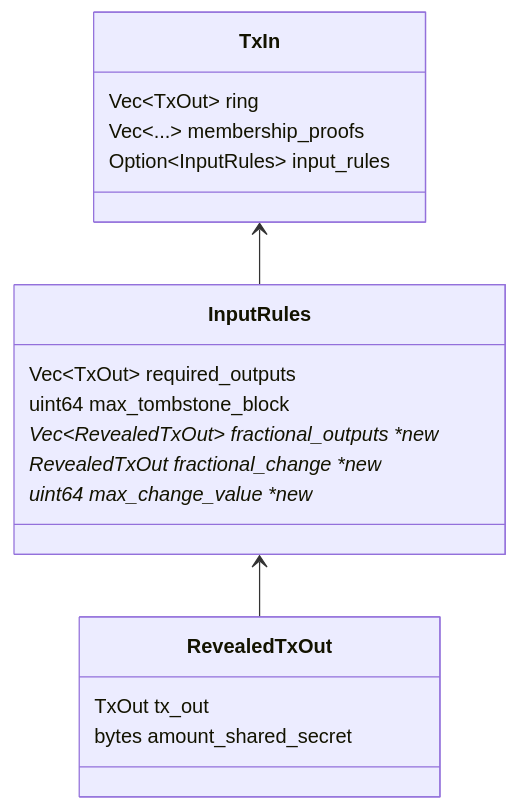
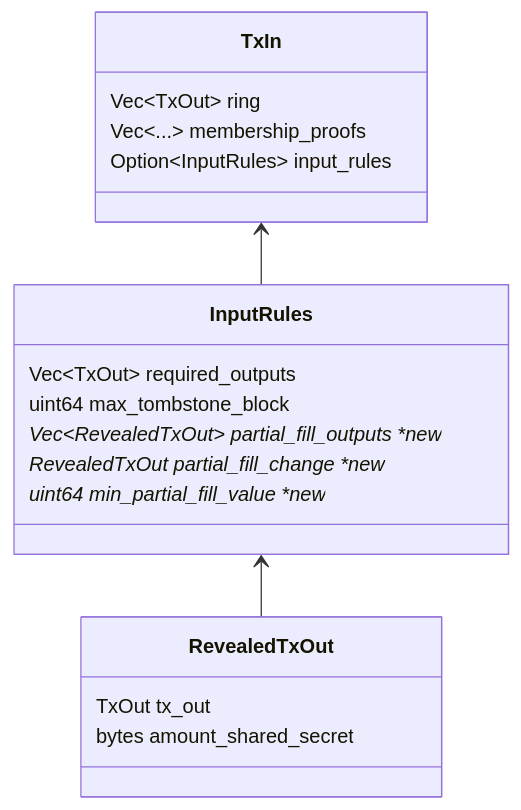
The third of 3 diagrams in text/0042-partial-fill-rules.md (mobilecoinfoundation/mcips), drawn with Mermaid before and after one commit. The commit also changed other lines of this file, not shown here.

````diff
--- a/text/0042-partial-fill-rules.md
+++ b/text/0042-partial-fill-rules.md
@@ -75,19 +169,19 @@
 ```mermaid
 classDiagram
 direction BT
 InputRules --> TxIn
 RevealedTxOut --> InputRules
 
 TxIn: Vec~TxOut~ ring
 TxIn: Vec~...~ membership_proofs
 TxIn: Option~InputRules~ input_rules
 
 InputRules: Vec~TxOut~ required_outputs
 InputRules: uint64 max_tombstone_block
-InputRules: Vec~RevealedTxOut~ fractional_outputs *new*
-InputRules: RevealedTxOut fractional_change *new*
-InputRules: uint64 max_change_value *new*
+InputRules: Vec~RevealedTxOut~ partial_fill_outputs *new*
+InputRules: RevealedTxOut partial_fill_change *new*
+InputRules: uint64 min_partial_fill_value *new*
 
 RevealedTxOut: TxOut tx_out
 RevealedTxOut: bytes amount_shared_secret
 ```
````
